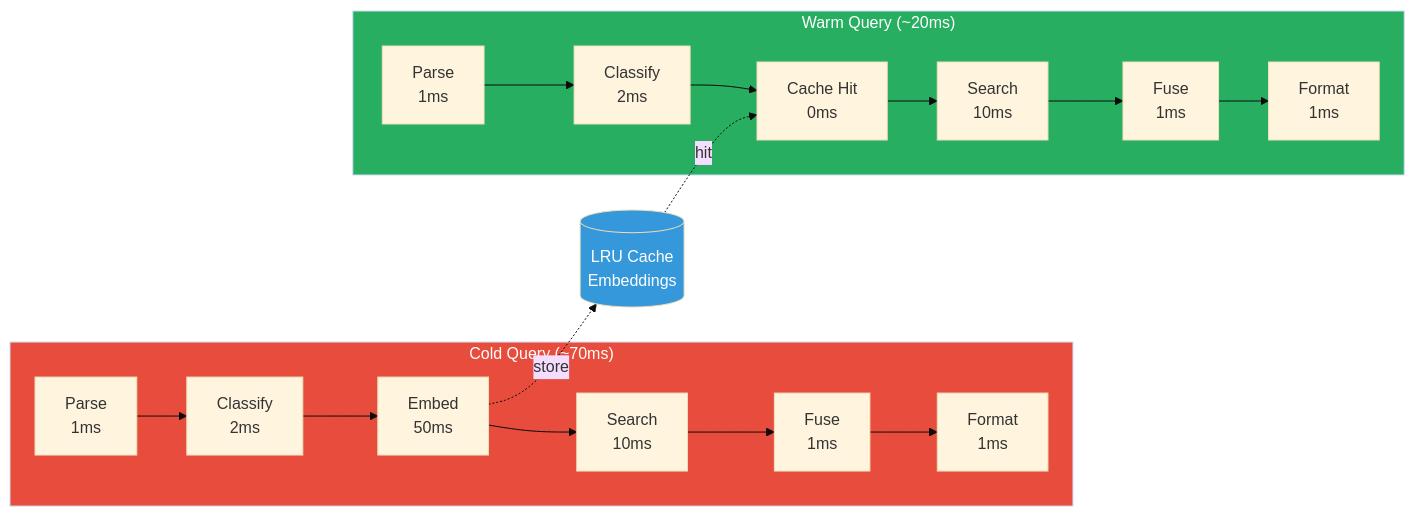
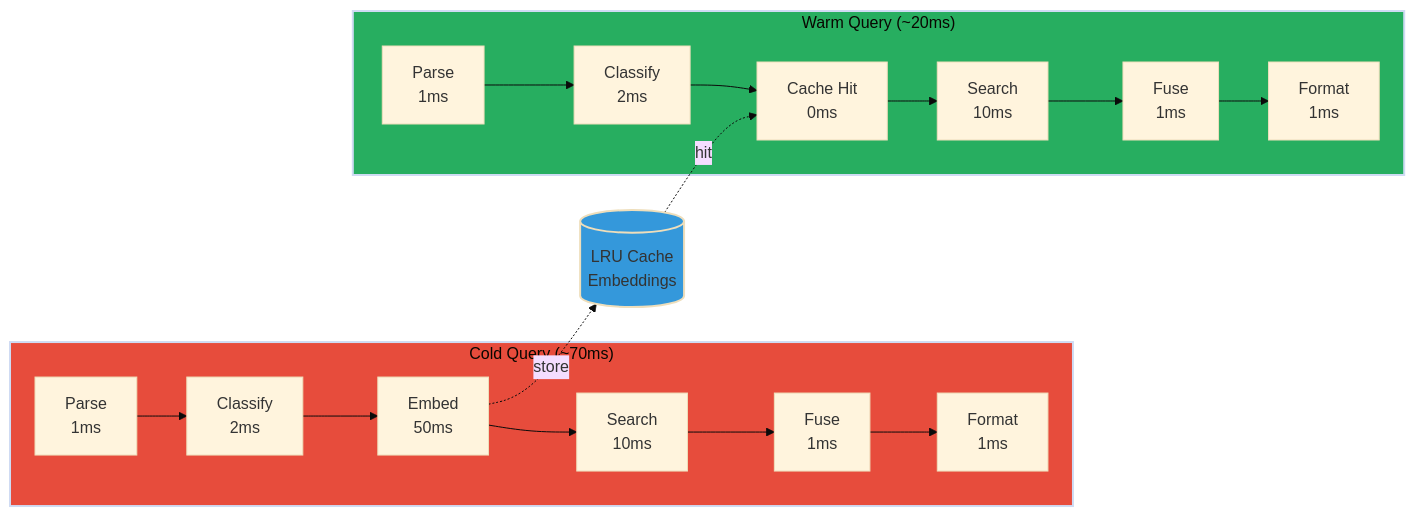
Before and after one commit to sampi02/amanmcp: diagram 14 of 27 in docs/reference/architecture/architecture.md, drawn with Mermaid (base theme). The commit also changed other lines of this file and 59 other files, not shown here.

````diff
--- a/docs/reference/architecture/architecture.md
+++ b/docs/reference/architecture/architecture.md
@@ -762,26 +1063,26 @@
 ```mermaid
 flowchart LR
     subgraph Cold["Cold Query (~70ms)"]
         C1[Parse<br/>1ms] --> C2[Classify<br/>2ms]
         C2 --> C3[Embed<br/>50ms]
         C3 --> C4[Search<br/>10ms]
         C4 --> C5[Fuse<br/>1ms]
         C5 --> C6[Format<br/>1ms]
     end
 
     subgraph Warm["Warm Query (~20ms)"]
         W1[Parse<br/>1ms] --> W2[Classify<br/>2ms]
         W2 --> W3[Cache Hit<br/>0ms]
         W3 --> W4[Search<br/>10ms]
         W4 --> W5[Fuse<br/>1ms]
         W5 --> W6[Format<br/>1ms]
     end
 
     Cache[(LRU Cache<br/>Embeddings)]
     C3 -.->|store| Cache
     Cache -.->|hit| W3
 
-    style Cold fill:#e74c3c,color:#fff
-    style Warm fill:#27ae60,color:#fff
-    style Cache fill:#3498db,color:#fff
+    style Cold fill:#e74c3c,stroke-width:2px
+    style Warm fill:#27ae60,stroke-width:2px
+    style Cache fill:#3498db,stroke-width:2px
 ```
````
